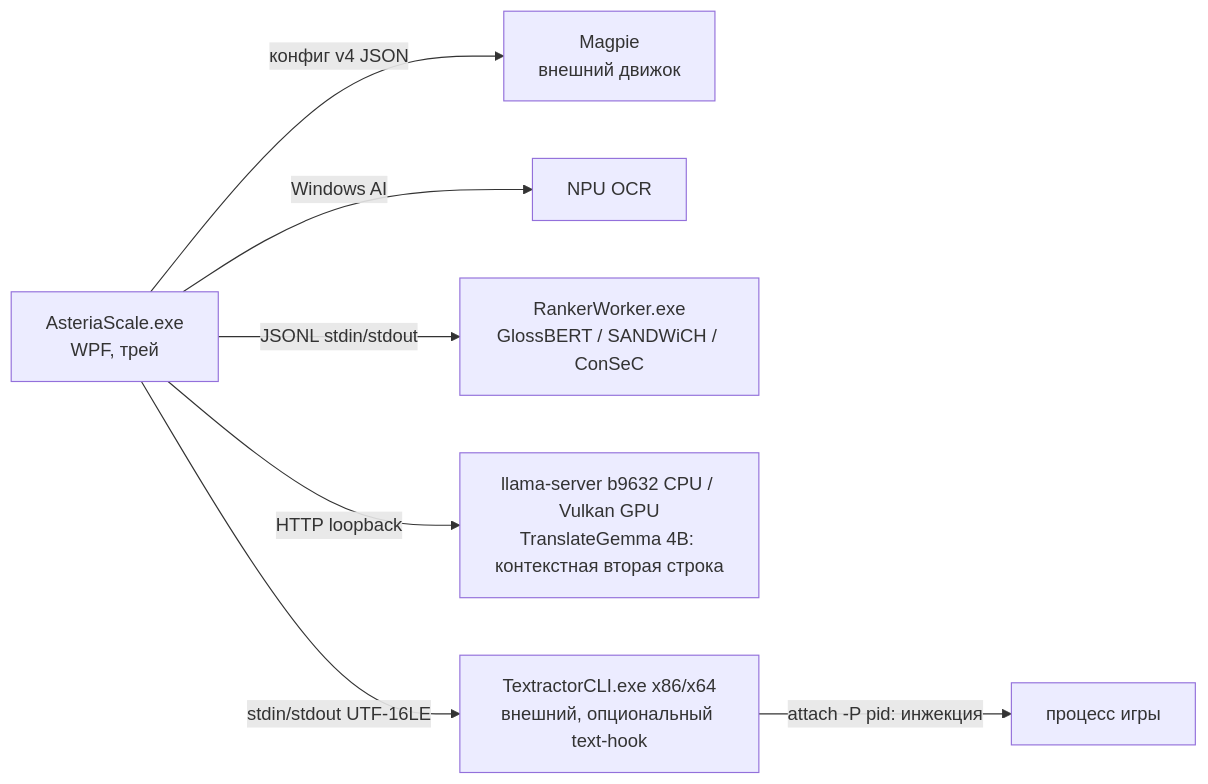
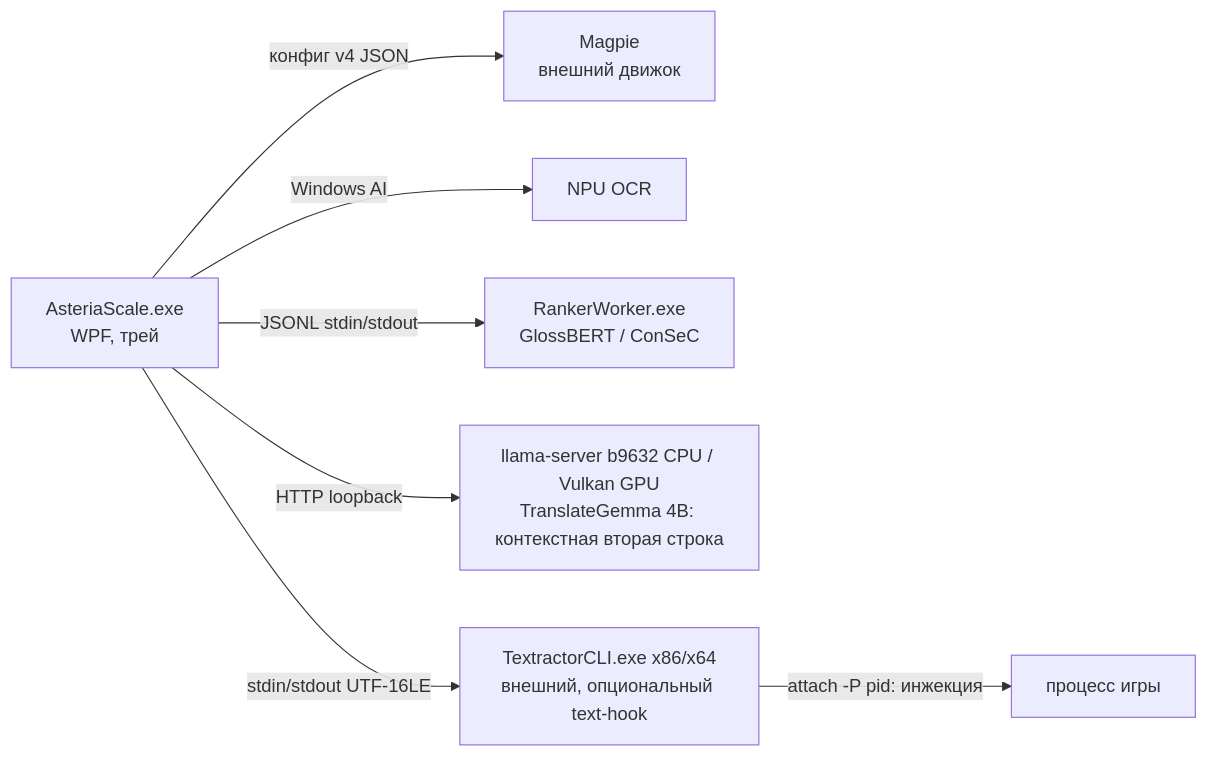
One commit to slava8519/AsteriaScale changed the diagram in docs/ARCHITECTURE.md. Above: the diagram before and after it, drawn with Mermaid. The commit also changed other lines of this file and 61 other files, not shown here.

````diff
--- a/docs/ARCHITECTURE.md
+++ b/docs/ARCHITECTURE.md
@@ -20,9 +20,9 @@
 ```mermaid
 graph LR
     A[AsteriaScale.exe<br/>WPF, трей] -->|конфиг v4 JSON| M[Magpie<br/>внешний движок]
     A -->|Windows AI| OCR[NPU OCR]
-    A -->|JSONL stdin/stdout| R[RankerWorker.exe<br/>GlossBERT / SANDWiCH / ConSeC]
+    A -->|JSONL stdin/stdout| R[RankerWorker.exe<br/>GlossBERT / ConSeC]
     A -->|HTTP loopback| T[llama-server b9632 CPU / Vulkan GPU<br/>TranslateGemma 4B: контекстная вторая строка]
     A -->|stdin/stdout UTF-16LE| X[TextractorCLI.exe x86/x64<br/>внешний, опциональный text-hook]
     X -->|attach -P pid: инжекция| G[процесс игры]
 ```
````
